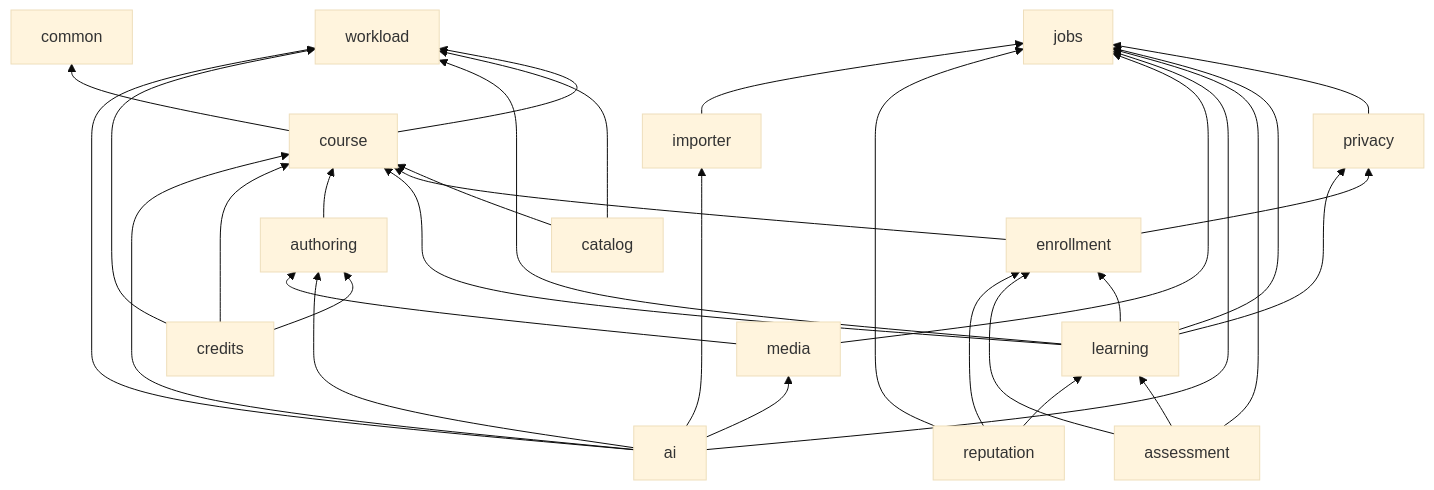
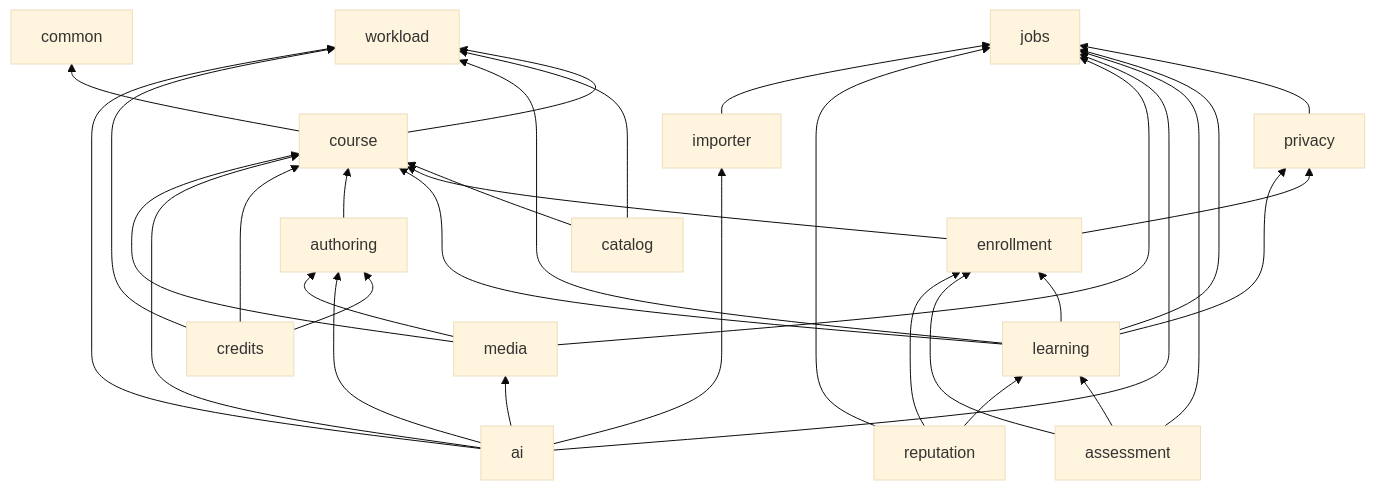
Before and after one commit to wasichai/elearning-backend: the second of 3 diagrams in docs/architecture/overview.md, drawn with Mermaid (base theme). The commit also changed 29 other files, not shown here.

````diff
--- a/docs/architecture/overview.md
+++ b/docs/architecture/overview.md
@@ -115,38 +115,39 @@
 ```mermaid
 flowchart BT
     common
     workload
     jobs
     course --> common
     course --> workload
     catalog --> course
     catalog --> workload
     enrollment --> course
     enrollment --> privacy
     privacy --> jobs
     learning --> enrollment
     learning --> course
     learning --> workload
     learning --> jobs
     learning --> privacy
     assessment --> learning
     assessment --> enrollment
     assessment --> jobs
     authoring --> course
     credits --> authoring
     credits --> course
     credits --> workload
     importer
     ai --> authoring
     ai --> course
     ai --> importer
     ai --> jobs
     ai --> media
     ai --> workload
     media --> authoring
+    media --> course
     media --> jobs
     reputation --> enrollment
     reputation --> learning
     reputation --> jobs
     importer --> jobs
 ```
````
